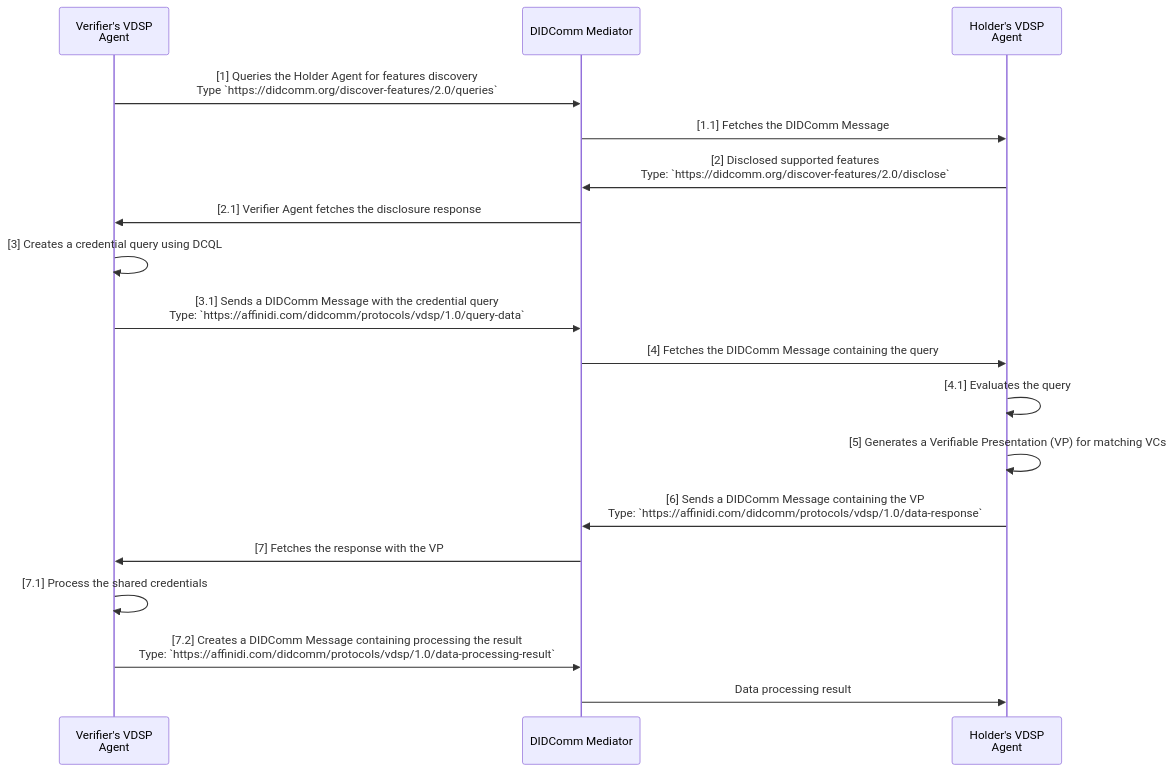
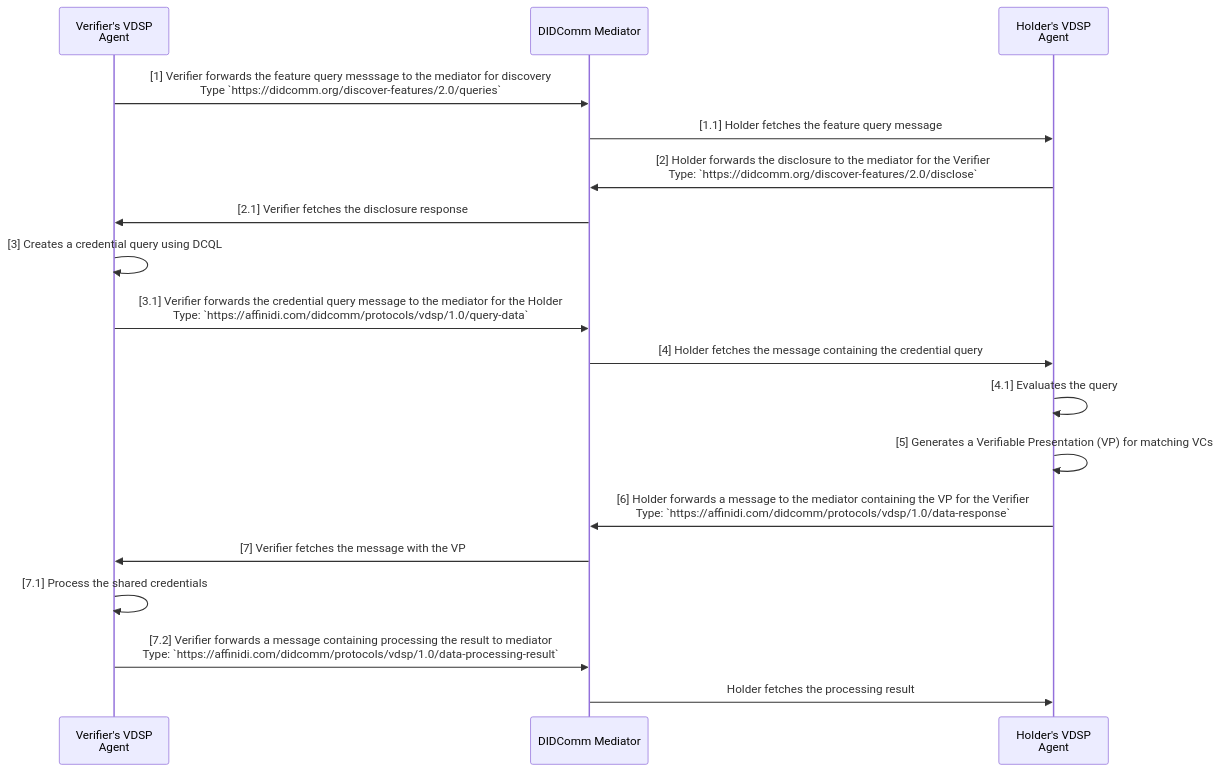
Before and after one commit to affinidi/affinidi-tdk: the diagram in libs/dart/didcomm/vdsp/PROTOCOLS.md, drawn with Mermaid. The commit also changed 1 other file, not shown here.

Commit message:
docs: updated diagram arrow labels

````diff
--- a/libs/dart/didcomm/vdsp/PROTOCOLS.md
+++ b/libs/dart/didcomm/vdsp/PROTOCOLS.md
@@ -70,22 +70,22 @@
 ```mermaid
 sequenceDiagram
     participant VVDSP as Verifier's VDSP<br />Agent
     participant DM as DIDComm Mediator
     participant HVDSP as Holder's VDSP<br />Agent
     
-    VVDSP->>DM: [1] Queries the Holder Agent for features discovery<br />Type `https://didcomm.org/discover-features/2.0/queries`
-    DM->>HVDSP: [1.1] Fetches the DIDComm Message
-    HVDSP->>DM: [2] Disclosed supported features<br />Type: `https://didcomm.org/discover-features/2.0/disclose`
-    DM->>VVDSP: [2.1] Verifier Agent fetches the disclosure response
+    VVDSP->>DM: [1] Verifier forwards the feature query messsage to the mediator for discovery<br />Type `https://didcomm.org/discover-features/2.0/queries`
+    DM->>HVDSP: [1.1] Holder fetches the feature query message
+    HVDSP->>DM: [2] Holder forwards the disclosure to the mediator for the Verifier<br />Type: `https://didcomm.org/discover-features/2.0/disclose`
+    DM->>VVDSP: [2.1] Verifier fetches the disclosure response
     VVDSP->>VVDSP: [3] Creates a credential query using DCQL
-    VVDSP->>DM: [3.1] Sends a DIDComm Message with the credential query<br />Type: `https://affinidi.com/didcomm/protocols/vdsp/1.0/query-data`
-    DM->>HVDSP: [4] Fetches the DIDComm Message containing the query
+    VVDSP->>DM: [3.1] Verifier forwards the credential query message to the mediator for the Holder<br />Type: `https://affinidi.com/didcomm/protocols/vdsp/1.0/query-data`
+    DM->>HVDSP: [4] Holder fetches the message containing the credential query
     HVDSP->>HVDSP: [4.1] Evaluates the query
     HVDSP->>HVDSP: [5] Generates a Verifiable Presentation (VP) for matching VCs
-    HVDSP->>DM: [6] Sends a DIDComm Message containing the VP<br />Type: `https://affinidi.com/didcomm/protocols/vdsp/1.0/data-response`
-    DM->>VVDSP: [7] Fetches the response with the VP
+    HVDSP->>DM: [6] Holder forwards a message to the mediator containing the VP for the Verifier<br />Type: `https://affinidi.com/didcomm/protocols/vdsp/1.0/data-response`
+    DM->>VVDSP: [7] Verifier fetches the message with the VP
     VVDSP->>VVDSP: [7.1] Process the shared credentials
-    VVDSP->>DM: [7.2] Creates a DIDComm Message containing processing the result<br />Type: `https://affinidi.com/didcomm/protocols/vdsp/1.0/data-processing-result`
-    DM->>HVDSP: Data processing result
+    VVDSP->>DM: [7.2] Verifier forwards a message containing processing the result to mediator<br />Type: `https://affinidi.com/didcomm/protocols/vdsp/1.0/data-processing-result`
+    DM->>HVDSP: Holder fetches the processing result
 
 ```
````
